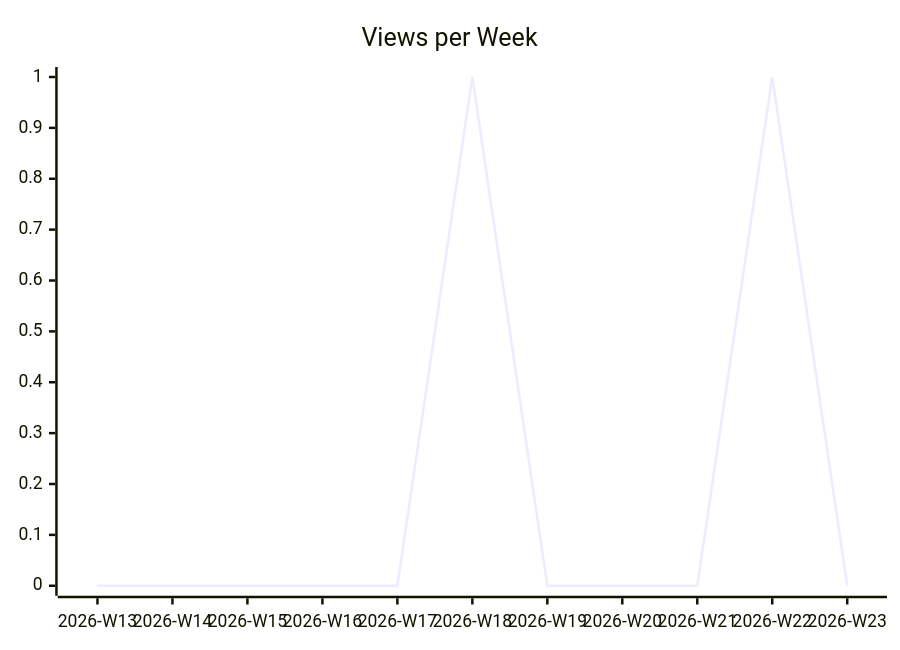
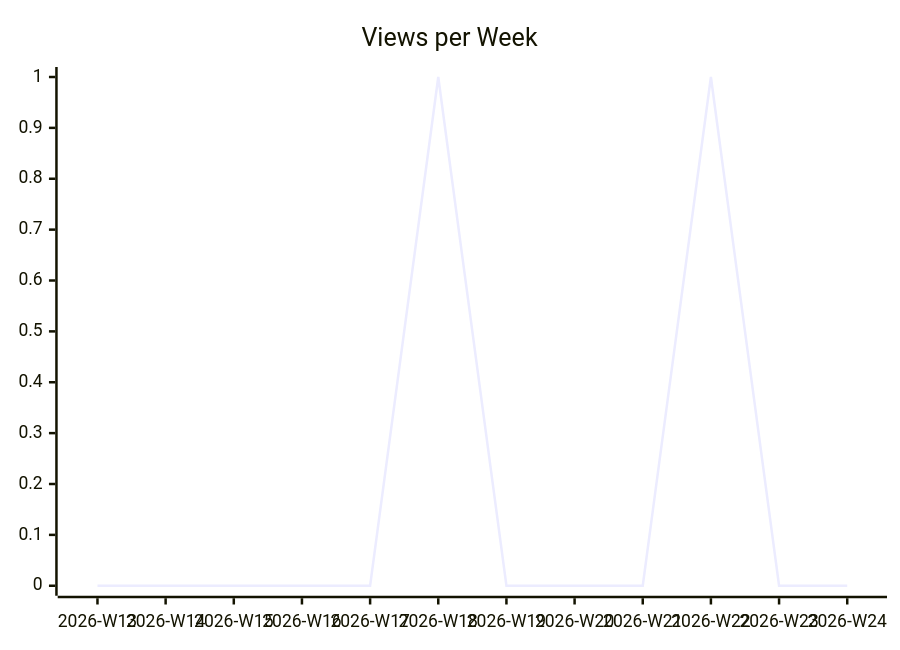
The second of 3 diagrams in karlmdavis/justdavis-karl/README.md (justdavis-family/github-analytics-data), drawn with Mermaid before and after one commit. The commit also changed other lines of this file and 189 other files, not shown here.

````diff
--- a/karlmdavis/justdavis-karl/README.md
+++ b/karlmdavis/justdavis-karl/README.md
@@ -12,6 +12,6 @@
 ```mermaid
 xychart-beta
   title "Views per Week"
-  x-axis ["2026-W13", "2026-W14", "2026-W15", "2026-W16", "2026-W17", "2026-W18", "2026-W19", "2026-W20", "2026-W21", "2026-W22", "2026-W23"]
-  line [0, 0, 0, 0, 0, 1, 0, 0, 0, 1, 0]
+  x-axis ["2026-W13", "2026-W14", "2026-W15", "2026-W16", "2026-W17", "2026-W18", "2026-W19", "2026-W20", "2026-W21", "2026-W22", "2026-W23", "2026-W24"]
+  line [0, 0, 0, 0, 0, 1, 0, 0, 0, 1, 0, 0]
 ```
````
